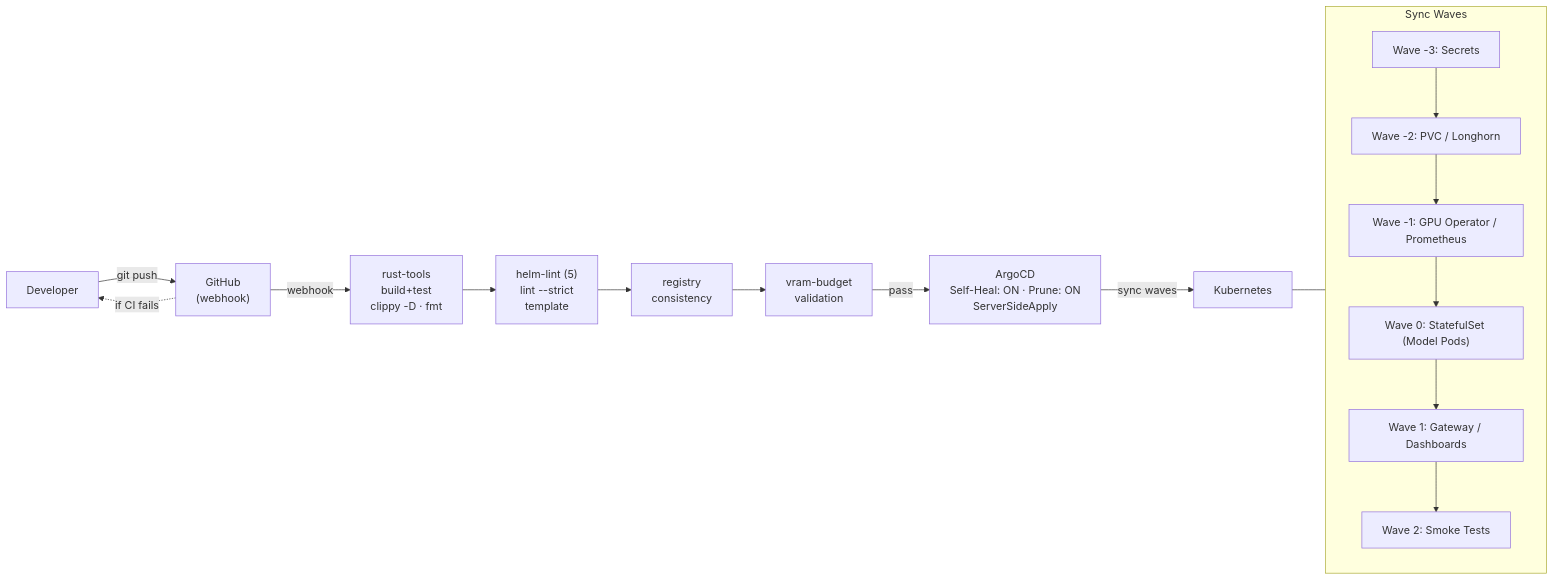
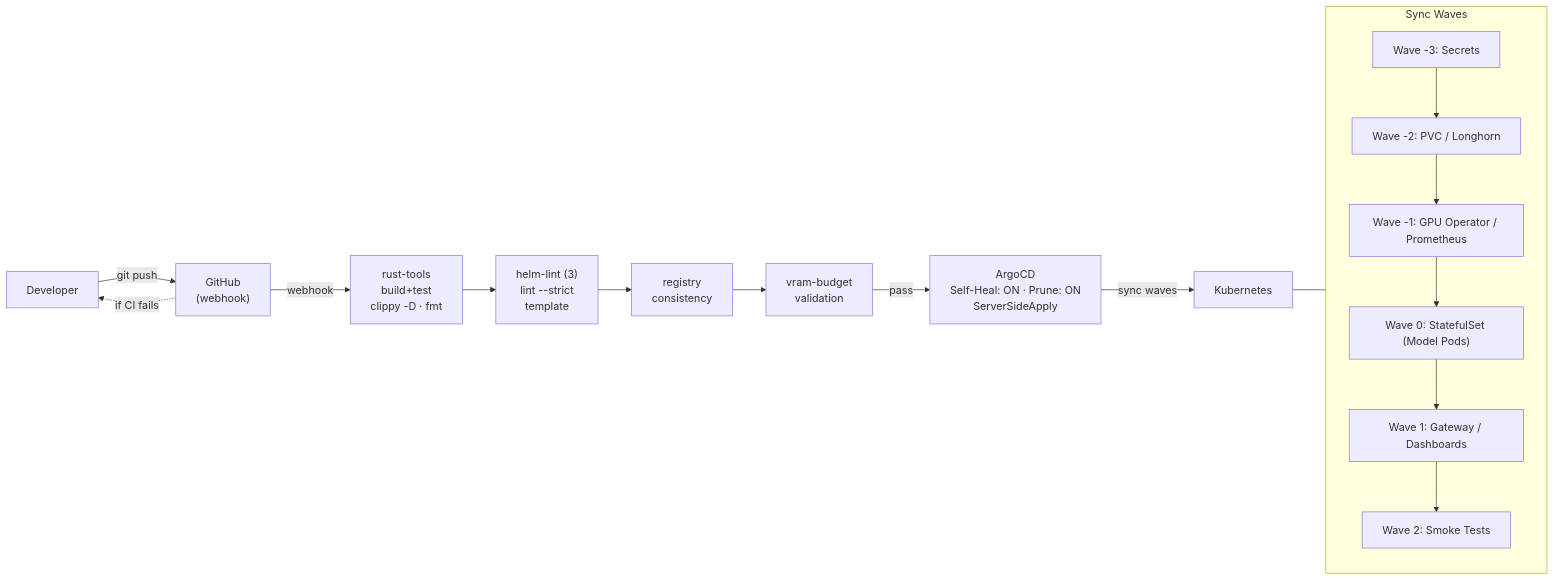
One commit to ADORSYS-GIS/Custom-Ai-Ops changed the fourth of 9 diagrams in README.md. Above: the diagram before and after it, drawn with Mermaid. The commit also changed other lines of this file and 29 other files, not shown here.

````diff
--- a/README.md
+++ b/README.md
@@ -227,34 +217,34 @@
 ```mermaid
 graph LR
     DEV["Developer"]
     GH["GitHub<br/>(webhook)"]
     CI_RUST["rust-tools<br/>build+test<br/>clippy -D · fmt"]
-    CI_HELM["helm-lint (5)<br/>lint --strict<br/>template"]
+    CI_HELM["helm-lint (3)<br/>lint --strict<br/>template"]
     CI_REG["registry<br/>consistency"]
     CI_VRAM["vram-budget<br/>validation"]
     ARGOCD["ArgoCD<br/>Self-Heal: ON · Prune: ON<br/>ServerSideApply"]
     K8S["Kubernetes"]
 
     DEV -->|git push| GH
     GH -->|webhook| CI_RUST
     CI_RUST --> CI_HELM
     CI_HELM --> CI_REG
     CI_REG --> CI_VRAM
 
     CI_VRAM -->|pass| ARGOCD
     GH -.->|if CI fails| DEV
 
     ARGOCD -->|sync waves| K8S
 
     subgraph Waves["Sync Waves"]
         W3["Wave -3: Secrets"]
         W2["Wave -2: PVC / Longhorn"]
         W1["Wave -1: GPU Operator / Prometheus"]
         W0["Wave 0: StatefulSet (Model Pods)"]
         W1P["Wave 1: Gateway / Dashboards"]
         W2P["Wave 2: Smoke Tests"]
         W3 --> W2 --> W1 --> W0 --> W1P --> W2P
     end
 
     K8S --- Waves
 ```
````
